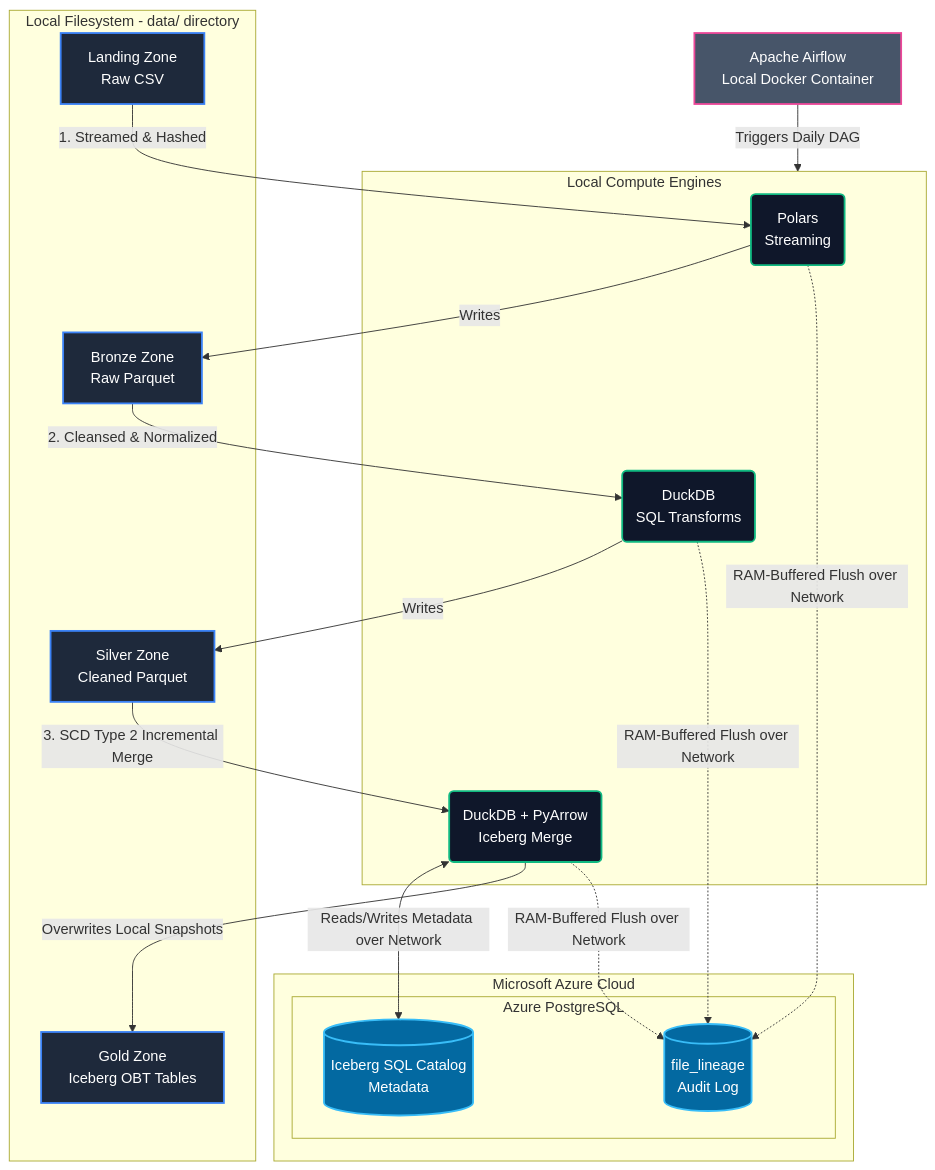
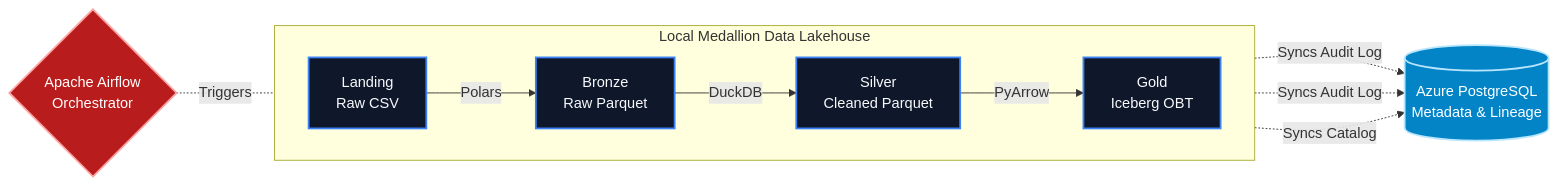
Before and after one commit to ali786-hub/Property-Intelligence-Platform: the diagram in README.md, drawn with Mermaid. The commit also changed other lines of this file, not shown here.

````diff
--- a/README.md
+++ b/README.md
@@ -11,52 +17,25 @@
 ```mermaid
-graph TD
-    %% Styling
-    classDef cloud fill:#0369a1,stroke:#38bdf8,stroke-width:2px,color:#fff;
-    classDef local_storage fill:#1e293b,stroke:#3b82f6,stroke-width:2px,color:#fff;
-    classDef compute fill:#0f172a,stroke:#10b981,stroke-width:2px,color:#fff;
-    classDef airflow fill:#475569,stroke:#ec4899,stroke-width:2px,color:#fff;
-
-    %% Orchestration (Local)
-    A[Apache Airflow\nLocal Docker Container]:::airflow
-
-    %% Cloud Database
-    subgraph Cloud [Microsoft Azure Cloud]
-        subgraph Database [Azure PostgreSQL]
-            DB1[(file_lineage\nAudit Log)]:::cloud
-            DB2[(Iceberg SQL Catalog\nMetadata)]:::cloud
-        end
+graph LR
+    %% Node Styling
+    classDef data fill:#0f172a,stroke:#3b82f6,stroke-width:2px,color:#f8fafc;
+    classDef cloud fill:#0284c7,stroke:#bae6fd,stroke-width:2px,color:#fff;
+    classDef airflow fill:#b91c1c,stroke:#fca5a5,stroke-width:2px,color:#fff;
+    
+    %% Components
+    Airflow{Apache Airflow<br/>Orchestrator}:::airflow
+    
+    subgraph Pipeline [Local Medallion Data Lakehouse]
+        direction LR
+        CSV[Landing<br/>Raw CSV]:::data -->|Polars| B[Bronze<br/>Raw Parquet]:::data
+        B -->|DuckDB| S[Silver<br/>Cleaned Parquet]:::data
+        S -->|PyArrow| G[Gold<br/>Iceberg OBT]:::data
     end
 
-    %% Data Lakehouse (Local)
-    subgraph DataLakehouse [Local Filesystem - data/ directory]
-        L[Landing Zone\nRaw CSV]:::local_storage
-        B[Bronze Zone\nRaw Parquet]:::local_storage
-        S[Silver Zone\nCleaned Parquet]:::local_storage
-        G[Gold Zone\nIceberg OBT Tables]:::local_storage
-    end
-
-    %% Compute Engines (Local)
-    subgraph Compute [Local Compute Engines]
-        C1(Polars\nStreaming):::compute
-        C2(DuckDB\nSQL Transforms):::compute
-        C3(DuckDB + PyArrow\nIceberg Merge):::compute
-    end
-
-    %% Connections
-    A -->|Triggers Daily DAG| Compute
+    DB[(Azure PostgreSQL<br/>Metadata & Lineage)]:::cloud
     
-    L -->|1. Streamed & Hashed| C1
-    C1 -->|Writes| B
-
-    B -->|2. Cleansed & Normalized| C2
-    C2 -->|Writes| S
-
-    S -->|3. SCD Type 2 Incremental Merge| C3
-    C3 <-->|Reads/Writes Metadata over Network| DB2
-    C3 -->|Overwrites Local Snapshots| G
-    
-    %% Lineage Links
-    C1 -.->|RAM-Buffered Flush over Network| DB1
-    C2 -.->|RAM-Buffered Flush over Network| DB1
-    C3 -.->|RAM-Buffered Flush over Network| DB1
+    %% Flow
+    Airflow -.-|Triggers| Pipeline
+    B -.->|Syncs Audit Log| DB
+    S -.->|Syncs Audit Log| DB
+    G -.->|Syncs Catalog| DB
 ```
````
